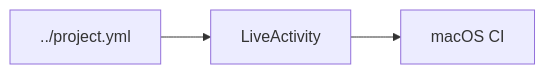
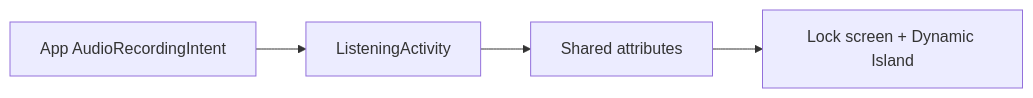
One commit to Harwasch/voiceremote changed the diagram in SW/ios/LiveActivity/README.md. Above: the diagram before and after it, drawn with Mermaid. The commit also changed other lines of this file and 45 other files, not shown here.

Commit message:
SW: iPhone app screens, audio and remote link

````diff
--- a/SW/ios/LiveActivity/README.md
+++ b/SW/ios/LiveActivity/README.md
@@ -1,5 +1,5 @@
 ```mermaid
 flowchart LR
-  Spec[../project.yml] --> Component[LiveActivity]
-  Component --> CI[macOS CI]
+  Intent[App AudioRecordingIntent] --> Host[ListeningActivity] --> Attributes[Shared attributes]
+  Attributes --> Widget[Lock screen + Dynamic Island]
 ```
````
